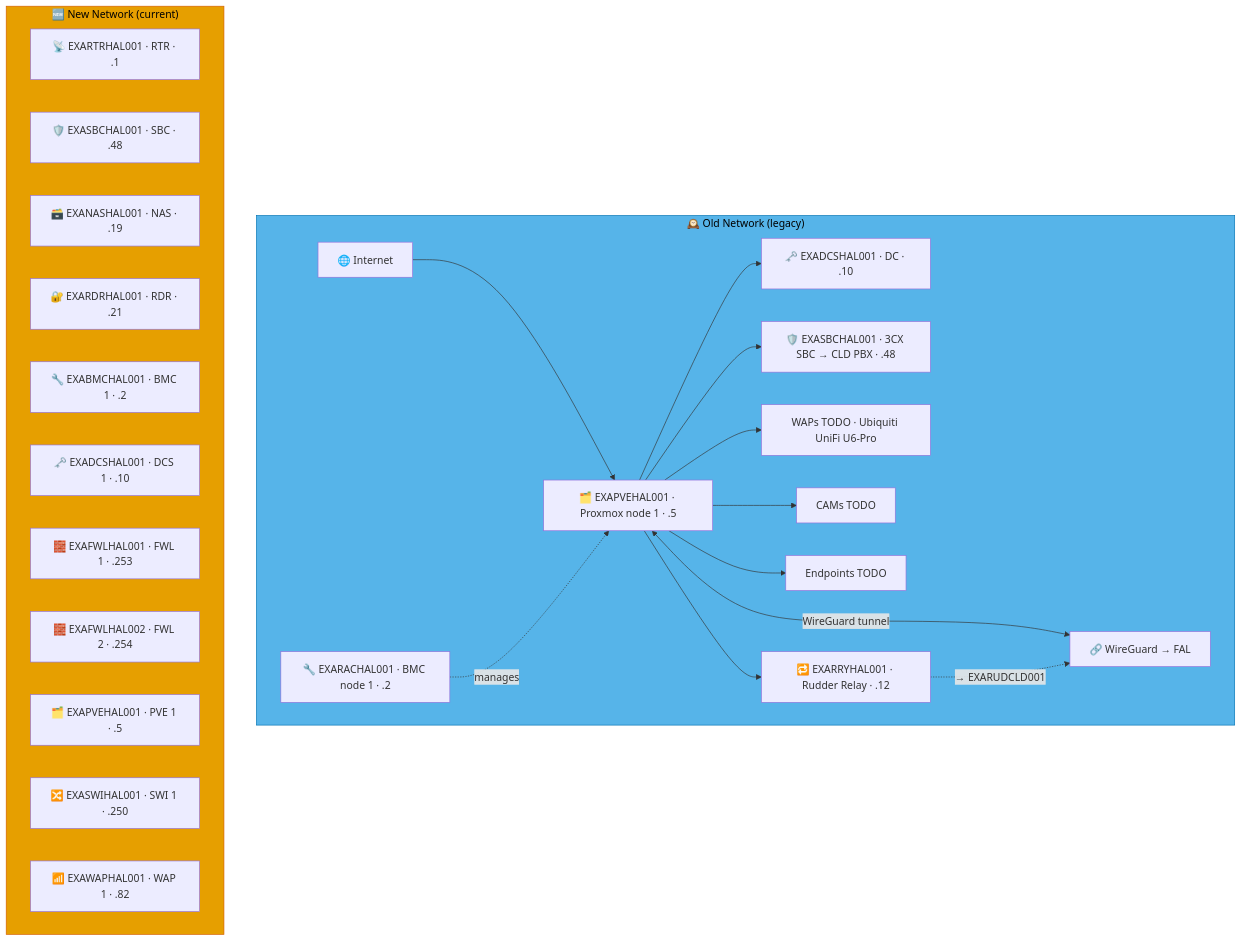
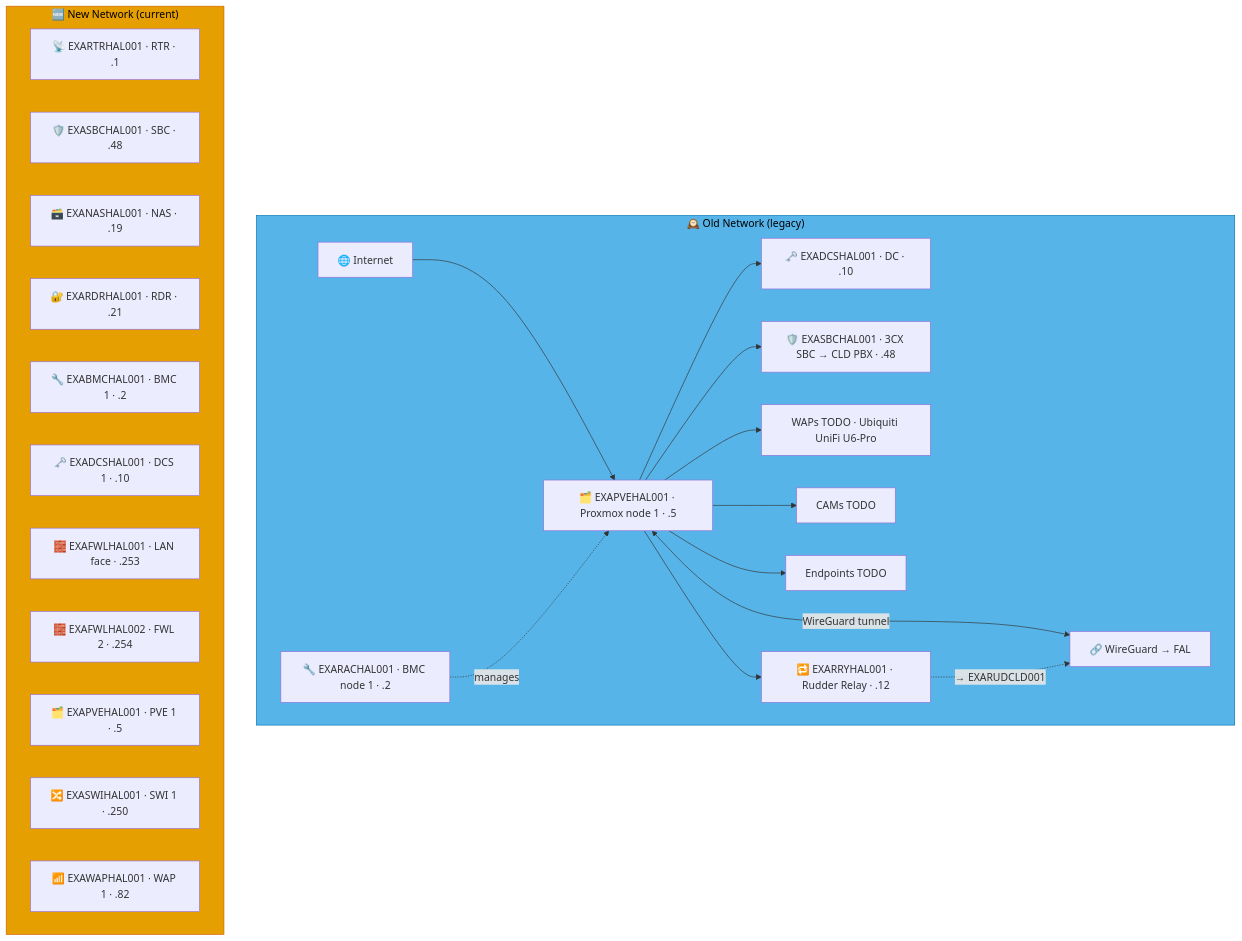
The seventh of 9 diagrams in docs/network-diagram/england.md (knightmare2600/example_music_infra), drawn with Mermaid before and after one commit. The commit also changed other lines of this file and 17 other files, not shown here.

````diff
--- a/docs/network-diagram/england.md
+++ b/docs/network-diagram/england.md
@@ -381,40 +381,40 @@
 ```mermaid
 graph TD
     subgraph OLD_HAL ["🕰️ Old Network (legacy)"]
       INET["🌐 Internet"]
       RAC["🔧 EXARACHAL001 · BMC node 1 · .2"]
       PVE["🗂️ EXAPVEHAL001 · Proxmox node 1 · .5"]
       DC["🗝️ EXADCSHAL001 · DC · .10"]
       SBC["🛡️ EXASBCHAL001 · 3CX SBC → CLD PBX · .48"]
       RRY["🔁 EXARRYHAL001 · Rudder Relay · .12"]
       WAP["WAPs TODO · Ubiquiti UniFi U6-Pro"]
       CAM["CAMs TODO"]
       EP["Endpoints TODO"]
       VPN["🔗 WireGuard → FAL"]
 
       INET --> PVE --> DC & SBC
       RAC -.->|"manages"| PVE
       PVE --> WAP & CAM & EP
       PVE <-->|"WireGuard tunnel"| VPN
 
       PVE --> RRY
       RRY -. "→ EXARUDCLD001" .-> VPN
     end
     style OLD_HAL fill:#56B4E9,stroke:#0072B2,color:#000000
     %% GENERATED:NEW-NETWORK:HAL:START
     subgraph NEW_HAL ["🆕 New Network (current)"]
       N_RTR["📡 EXARTRHAL001 · RTR · .1"]
       N_SBC["🛡️ EXASBCHAL001 · SBC · .48"]
       N_NAS["🗃️ EXANASHAL001 · NAS · .19"]
       N_RDR["🔐 EXARDRHAL001 · RDR · .21"]
       N_BMC["🔧 EXABMCHAL001 · BMC 1 · .2"]
       N_DCS["🗝️ EXADCSHAL001 · DCS 1 · .10"]
-      N_FWL["🧱 EXAFWLHAL001 · FWL 1 · .253"]
+      N_FWL["🧱 EXAFWLHAL001 · LAN face · .253"]
       N_FWL2["🧱 EXAFWLHAL002 · FWL 2 · .254"]
       N_PVE["🗂️ EXAPVEHAL001 · PVE 1 · .5"]
       N_SWI["🔀 EXASWIHAL001 · SWI 1 · .250"]
       N_WAP["📶 EXAWAPHAL001 · WAP 1 · .82"]
     end
     style NEW_HAL fill:#E69F00,stroke:#D55E00,color:#000000
     %% GENERATED:NEW-NETWORK:HAL:END
 ```
````
